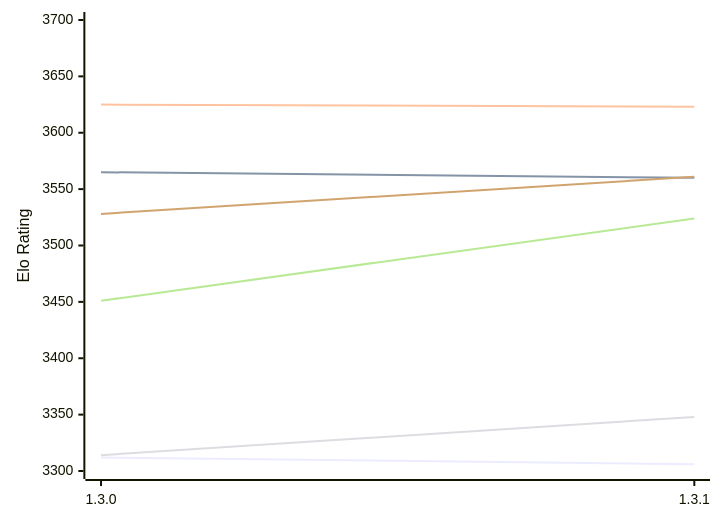
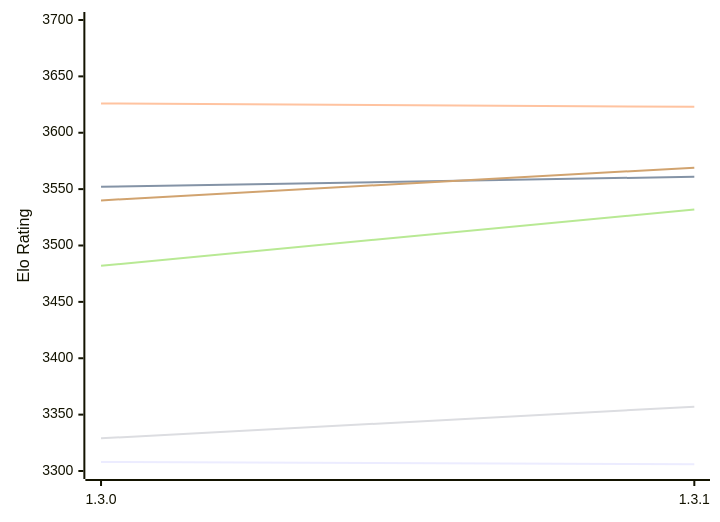
One commit to computer-chess-index/cci changed the first of 2 diagrams in engines/Renegade.md. Above: the diagram before and after it, drawn with Mermaid. The commit also changed other lines of this file, not shown here.

Commit message:
Update CCI Ratings (ELO VLTC) - 2026-11-25

````diff
--- a/engines/Renegade.md
+++ b/engines/Renegade.md
@@ -50,12 +50,12 @@
 ```mermaid
 %%{init: {"theme":"base","themeVariables":{"seriesColors:['#a3a3a3','#222221','#faa371']}}}%%
 xychart-beta
   x-axis ["1.3.0", "1.3.1"]
   y-axis "Elo Rating" 3300 --> 3700
-  line "E1: STC (8.0+0.08s)" [3312, 3306]
-  line "E1: LTC (60.0+0.60s)" [3565, 3560]
-  line "E1: VLTC (2m24s+1.12s)" [3625, 3623]
-  line "P1: STC (8.0+0.08s)" [3314, 3348]
-  line "P1: LTC (60.0+0.60s)" [3451, 3524]
-  line "P1: VLTC (2m24s+1.12s)" [3528, 3561]
+  line "E1: STC (8.0+0.08s)" [3308, 3306]
+  line "E1: LTC (60.0+0.60s)" [3552, 3561]
+  line "E1: VLTC (2m24s+1.12s)" [3626, 3623]
+  line "P1: STC (8.0+0.08s)" [3329, 3357]
+  line "P1: LTC (60.0+0.60s)" [3482, 3532]
+  line "P1: VLTC (2m24s+1.12s)" [3540, 3569]
 ```
````
